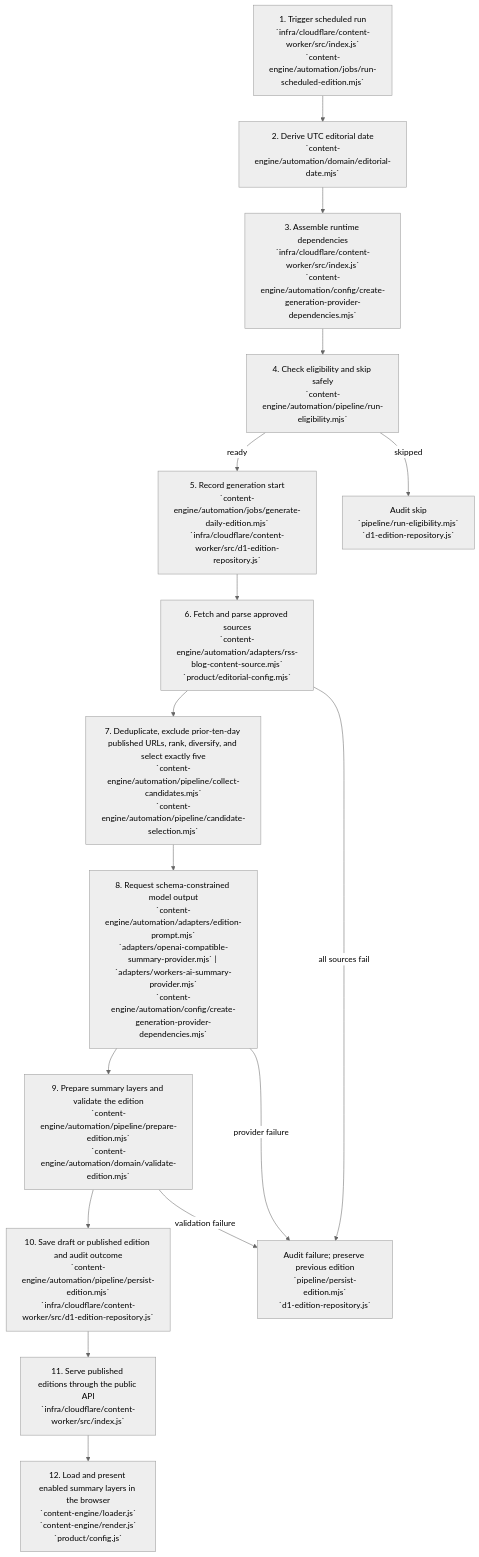
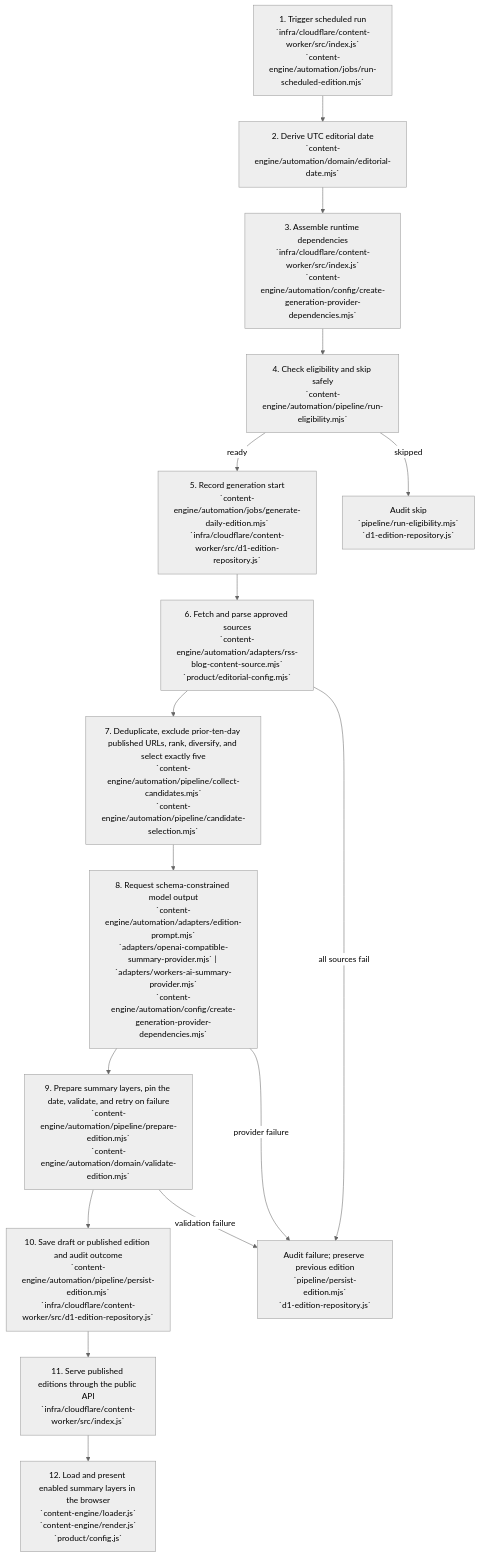
The second of 2 diagrams in docs/DAILY_CONTENT_AUTOMATION.md (RadheCode/AINuggets), drawn with Mermaid (neutral theme) before and after one commit. The commit also changed other lines of this file and 12 other files, not shown here.

Commit message:
Automation updates for daily content generation with Gemini

````diff
--- a/docs/DAILY_CONTENT_AUTOMATION.md
+++ b/docs/DAILY_CONTENT_AUTOMATION.md
@@ -150,22 +150,22 @@
 ```mermaid
 flowchart TD
     S1["1. Trigger scheduled run\n`infra/cloudflare/content-worker/src/index.js`\n`content-engine/automation/jobs/run-scheduled-edition.mjs`"]
     S2["2. Derive UTC editorial date\n`content-engine/automation/domain/editorial-date.mjs`"]
     S3["3. Assemble runtime dependencies\n`infra/cloudflare/content-worker/src/index.js`\n`content-engine/automation/config/create-generation-provider-dependencies.mjs`"]
     S4["4. Check eligibility and skip safely\n`content-engine/automation/pipeline/run-eligibility.mjs`"]
     S5["5. Record generation start\n`content-engine/automation/jobs/generate-daily-edition.mjs`\n`infra/cloudflare/content-worker/src/d1-edition-repository.js`"]
     S6["6. Fetch and parse approved sources\n`content-engine/automation/adapters/rss-blog-content-source.mjs`\n`product/editorial-config.mjs`"]
     S7["7. Deduplicate, exclude prior-ten-day published URLs, rank, diversify, and select exactly five\n`content-engine/automation/pipeline/collect-candidates.mjs`\n`content-engine/automation/pipeline/candidate-selection.mjs`"]
     S8["8. Request schema-constrained model output\n`content-engine/automation/adapters/edition-prompt.mjs`\n`adapters/openai-compatible-summary-provider.mjs` | `adapters/workers-ai-summary-provider.mjs`\n`content-engine/automation/config/create-generation-provider-dependencies.mjs`"]
-    S9["9. Prepare summary layers and validate the edition\n`content-engine/automation/pipeline/prepare-edition.mjs`\n`content-engine/automation/domain/validate-edition.mjs`"]
+    S9["9. Prepare summary layers, pin the date, validate, and retry on failure\n`content-engine/automation/pipeline/prepare-edition.mjs`\n`content-engine/automation/domain/validate-edition.mjs`"]
     S10["10. Save draft or published edition and audit outcome\n`content-engine/automation/pipeline/persist-edition.mjs`\n`infra/cloudflare/content-worker/src/d1-edition-repository.js`"]
     S11["11. Serve published editions through the public API\n`infra/cloudflare/content-worker/src/index.js`"]
     S12["12. Load and present enabled summary layers in the browser\n`content-engine/loader.js`\n`content-engine/render.js`\n`product/config.js`"]
 
     S1 --> S2 --> S3 --> S4
     S4 -->|ready| S5 --> S6 --> S7 --> S8 --> S9 --> S10 --> S11 --> S12
     S4 -->|skipped| X["Audit skip\n`pipeline/run-eligibility.mjs`\n`d1-edition-repository.js`"]
     S6 -->|all sources fail| F["Audit failure; preserve previous edition\n`pipeline/persist-edition.mjs`\n`d1-edition-repository.js`"]
     S8 -->|provider failure| F
     S9 -->|validation failure| F
 ```
````
